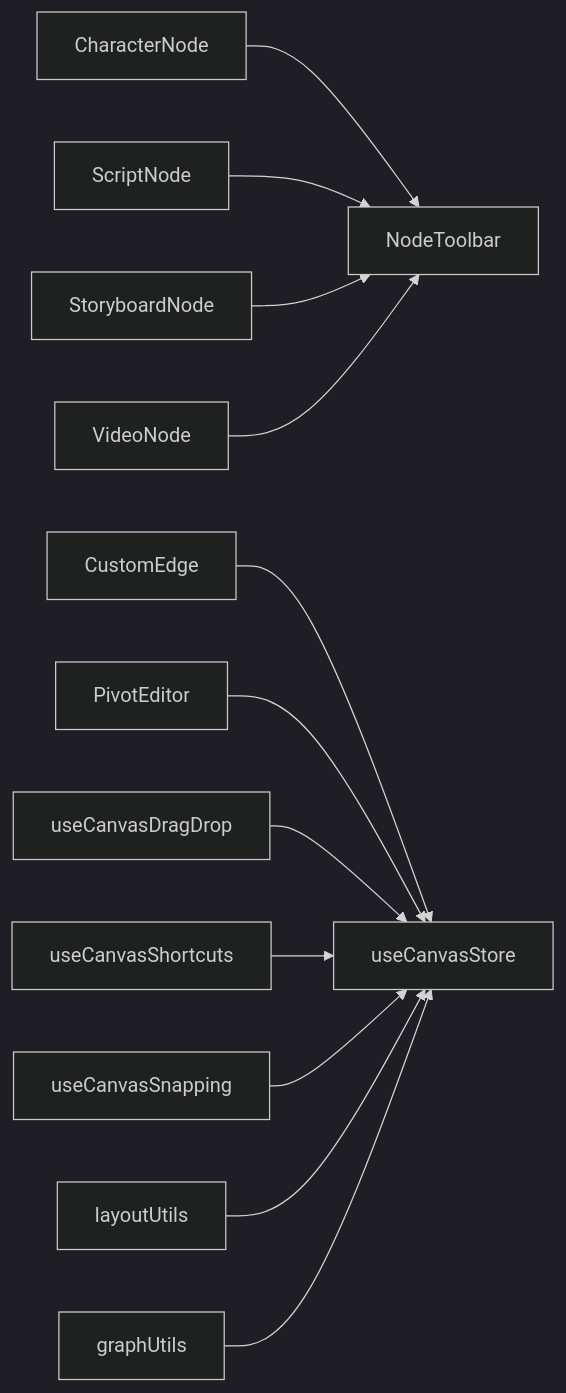
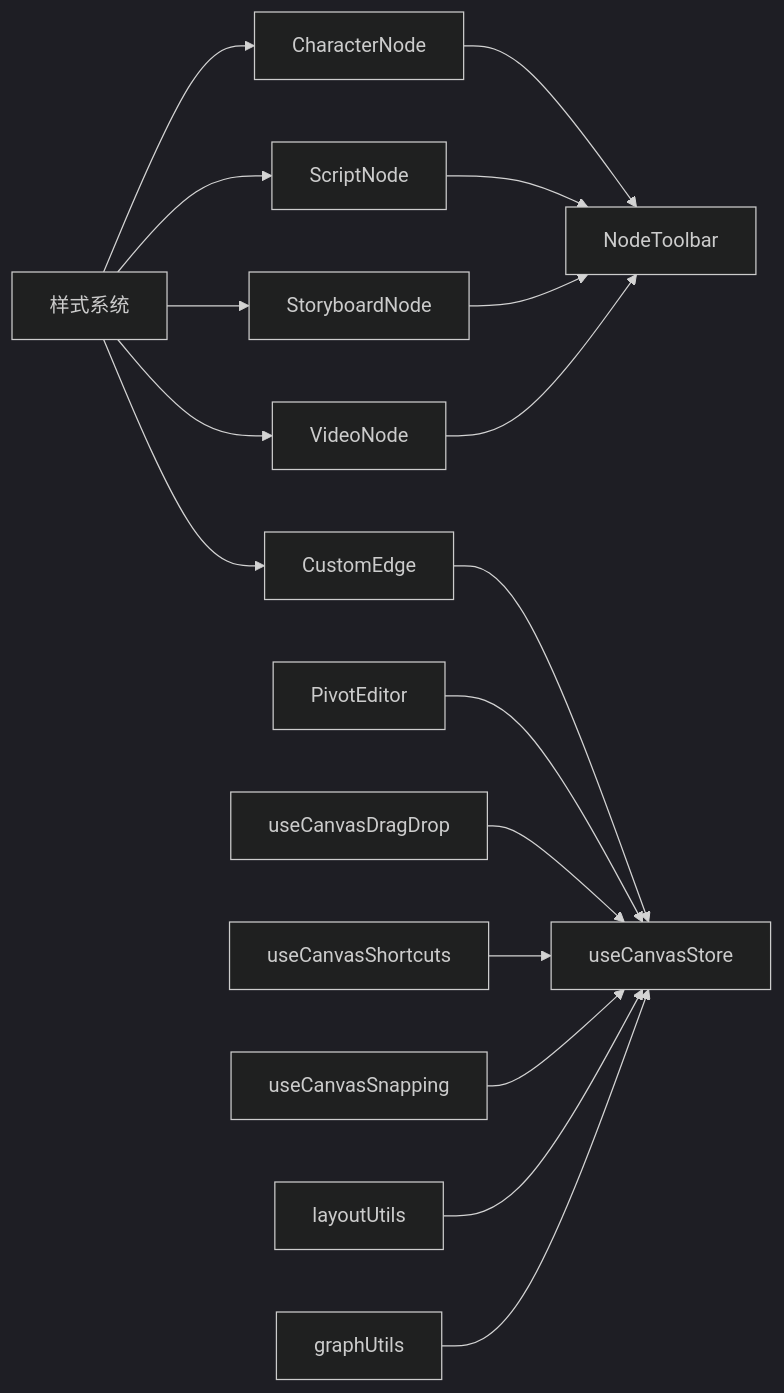
One commit to KunLabAI/KunFlix changed the sixth of 6 diagrams in .qoder/repowiki/zh/content/系统架构/前端架构/组件架构/画布组件系统.md. Above: the diagram before and after it, drawn with Mermaid (dark theme). The commit also changed other lines of this file and 14 other files, not shown here.

````diff
--- a/.qoder/repowiki/zh/content/系统架构/前端架构/组件架构/画布组件系统.md
+++ b/.qoder/repowiki/zh/content/系统架构/前端架构/组件架构/画布组件系统.md
@@ -386,14 +464,19 @@
 ```mermaid
 graph LR
 CN["CharacterNode"] --> NTB["NodeToolbar"]
 SN["ScriptNode"] --> NTB
 SB["StoryboardNode"] --> NTB
 VN["VideoNode"] --> NTB
 CE["CustomEdge"] --> CCS["useCanvasStore"]
 PE["PivotEditor"] --> CCS
 UCD["useCanvasDragDrop"] --> CCS
 UCS["useCanvasShortcuts"] --> CCS
 UCSN["useCanvasSnapping"] --> CCS
 LUT["layoutUtils"] --> CCS
 GUT["graphUtils"] --> CCS
+CSS["样式系统"] --> CN
+CSS --> SN
+CSS --> SB
+CSS --> VN
+CSS --> CE
 ```
````
